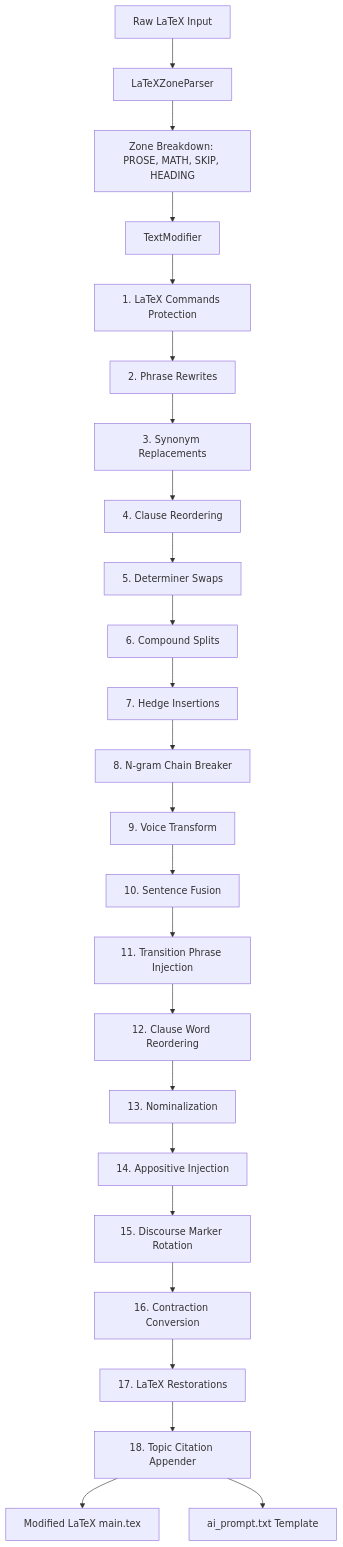
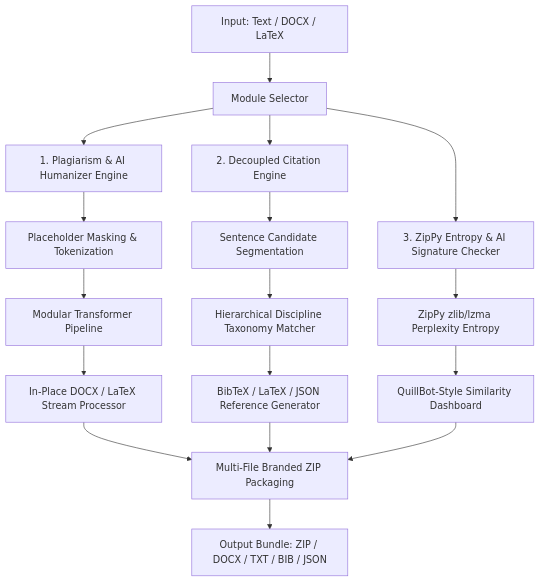
Before and after one commit to AhmadHassan-BTed/Turnitout-Humanizer: the diagram in docs/architecture.md, drawn with Mermaid. The commit also changed other lines of this file and 9 other files, not shown here.

Commit message:
docs: update public documentation, README, architecture guides, and changelog for v1.6.0

````diff
--- a/docs/architecture.md
+++ b/docs/architecture.md
@@ -9,26 +9,23 @@
 ```mermaid
 flowchart TD
-    A[Raw LaTeX Input] --> B[LaTeXZoneParser]
-    B --> C[Zone Breakdown: PROSE, MATH, SKIP, HEADING]
-    C --> D[TextModifier]
-    D --> E1[1. LaTeX Commands Protection]
-    E1 --> E2[2. Phrase Rewrites]
-    E2 --> E3[3. Synonym Replacements]
-    E3 --> E4[4. Clause Reordering]
-    E4 --> E5[5. Determiner Swaps]
-    E5 --> E6[6. Compound Splits]
-    E6 --> E7[7. Hedge Insertions]
-    E7 --> E8[8. N-gram Chain Breaker]
-    E8 --> E9[9. Voice Transform]
-    E9 --> E10[10. Sentence Fusion]
-    E10 --> E11[11. Transition Phrase Injection]
-    E11 --> E12[12. Clause Word Reordering]
-    E12 --> E13[13. Nominalization]
-    E13 --> E14[14. Appositive Injection]
-    E14 --> E15[15. Discourse Marker Rotation]
-    E15 --> E16[16. Contraction Conversion]
-    E16 --> M[17. LaTeX Restorations]
-    M --> N[18. Topic Citation Appender]
-    N --> O[Modified LaTeX main.tex]
-    N --> P[ai_prompt.txt Template]
+    A[Input: Text / DOCX / LaTeX] --> B[Module Selector]
+    B --> C1[1. Plagiarism & AI Humanizer Engine]
+    B --> C2[2. Decoupled Citation Engine]
+    B --> C3[3. ZipPy Entropy & AI Signature Checker]
+    
+    C1 --> D1[Placeholder Masking & Tokenization]
+    D1 --> D2[Modular Transformer Pipeline]
+    D2 --> D3[In-Place DOCX / LaTeX Stream Processor]
+    
+    C2 --> E1[Sentence Candidate Segmentation]
+    E1 --> E2[Hierarchical Discipline Taxonomy Matcher]
+    E2 --> E3[BibTeX / LaTeX / JSON Reference Generator]
+    
+    C3 --> F1[ZipPy zlib/lzma Perplexity Entropy]
+    F1 --> F2[QuillBot-Style Similarity Dashboard]
+    
+    D3 --> G[Multi-File Branded ZIP Packaging]
+    E3 --> G
+    F2 --> G
+    G --> H[Output Bundle: ZIP / DOCX / TXT / BIB / JSON]
 ```
````
